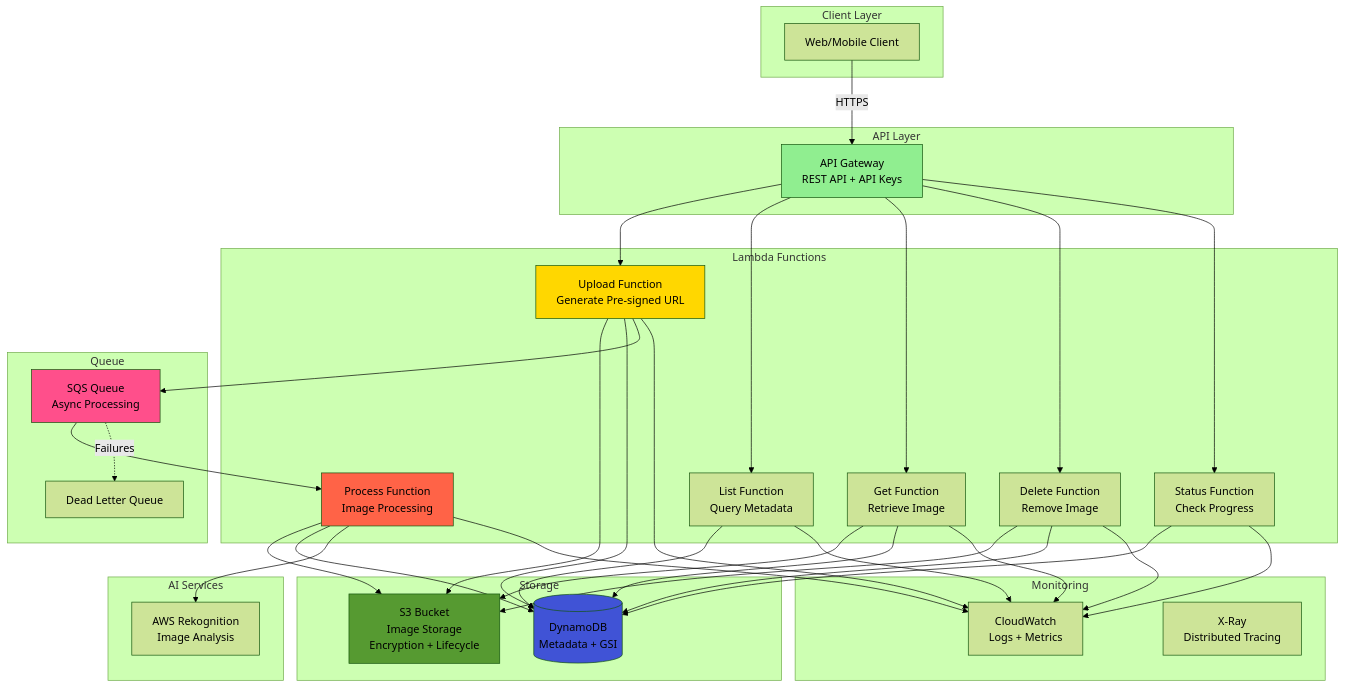
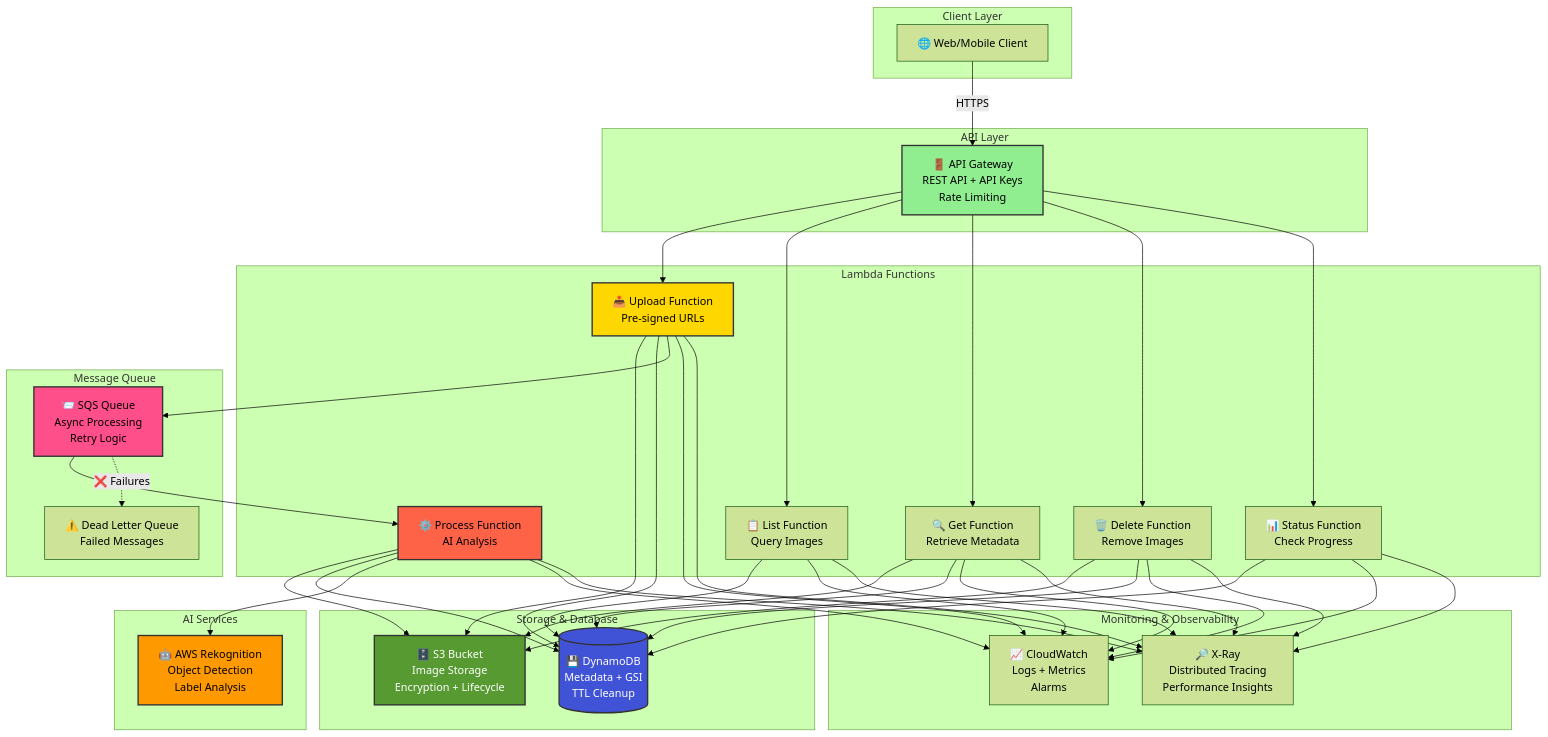
The first of 4 diagrams in README.md (naveed-gung/serverless-api), drawn with Mermaid (forest theme) before and after one commit. The commit also changed other lines of this file, not shown here.

````diff
--- a/README.md
+++ b/README.md
@@ -125,39 +213,39 @@
 ```mermaid
 graph TB
     subgraph "Client Layer"
-        Client[Web/Mobile Client]
+        Client[🌐 Web/Mobile Client]
     end
     
     subgraph "API Layer"
-        APIGW[API Gateway<br/>REST API + API Keys]
+        APIGW[🚪 API Gateway<br/>REST API + API Keys<br/>Rate Limiting]
     end
     
     subgraph "Lambda Functions"
-        Upload[Upload Function<br/>Generate Pre-signed URL]
-        List[List Function<br/>Query Metadata]
-        Get[Get Function<br/>Retrieve Image]
-        Delete[Delete Function<br/>Remove Image]
-        Process[Process Function<br/>Image Processing]
-        Status[Status Function<br/>Check Progress]
+        Upload[📤 Upload Function<br/>Pre-signed URLs]
+        List[📋 List Function<br/>Query Images]
+        Get[🔍 Get Function<br/>Retrieve Metadata]
+        Delete[🗑️ Delete Function<br/>Remove Images]
+        Process[⚙️ Process Function<br/>AI Analysis]
+        Status[📊 Status Function<br/>Check Progress]
     end
     
-    subgraph "Storage"
-        S3[S3 Bucket<br/>Image Storage<br/>Encryption + Lifecycle]
-        DDB[(DynamoDB<br/>Metadata + GSI)]
+    subgraph "Storage & Database"
+        S3[🗄️ S3 Bucket<br/>Image Storage<br/>Encryption + Lifecycle]
+        DDB[(💾 DynamoDB<br/>Metadata + GSI<br/>TTL Cleanup)]
     end
     
-    subgraph "Queue"
-        SQS[SQS Queue<br/>Async Processing]
-        DLQ[Dead Letter Queue]
+    subgraph "Message Queue"
+        SQS[📨 SQS Queue<br/>Async Processing<br/>Retry Logic]
+        DLQ[⚠️ Dead Letter Queue<br/>Failed Messages]
     end
     
     subgraph "AI Services"
-        Rekog[AWS Rekognition<br/>Image Analysis]
+        Rekog[🤖 AWS Rekognition<br/>Object Detection<br/>Label Analysis]
     end
     
-    subgraph "Monitoring"
-        CW[CloudWatch<br/>Logs + Metrics]
-        XRay[X-Ray<br/>Distributed Tracing]
+    subgraph "Monitoring & Observability"
+        CW[📈 CloudWatch<br/>Logs + Metrics<br/>Alarms]
+        XRay[🔎 X-Ray<br/>Distributed Tracing<br/>Performance Insights]
     end
     
     Client -->|HTTPS| APIGW
@@ -182,7 +270,7 @@
     Process --> DDB
     Process --> Rekog
     
-    SQS -.Failures.-> DLQ
+    SQS -.❌ Failures.-> DLQ
     Status --> DDB
     
     Upload --> CW
@@ -192,10 +280,18 @@
     Process --> CW
     Status --> CW
     
-    style APIGW fill:#90ee90
-    style Upload fill:#ffd700
-    style Process fill:#ff6347
-    style S3 fill:#569a31
-    style DDB fill:#4053d6
-    style SQS fill:#ff4f8b
+    Upload --> XRay
+    List --> XRay
+    Get --> XRay
+    Delete --> XRay
+    Process --> XRay
+    Status --> XRay
+    
+    style APIGW fill:#90ee90,stroke:#333,stroke-width:2px
+    style Upload fill:#ffd700,stroke:#333,stroke-width:2px
+    style Process fill:#ff6347,stroke:#333,stroke-width:2px
+    style S3 fill:#569a31,stroke:#333,stroke-width:2px,color:#fff
+    style DDB fill:#4053d6,stroke:#333,stroke-width:2px,color:#fff
+    style SQS fill:#ff4f8b,stroke:#333,stroke-width:2px
+    style Rekog fill:#ff9900,stroke:#333,stroke-width:2px
 ```
````
